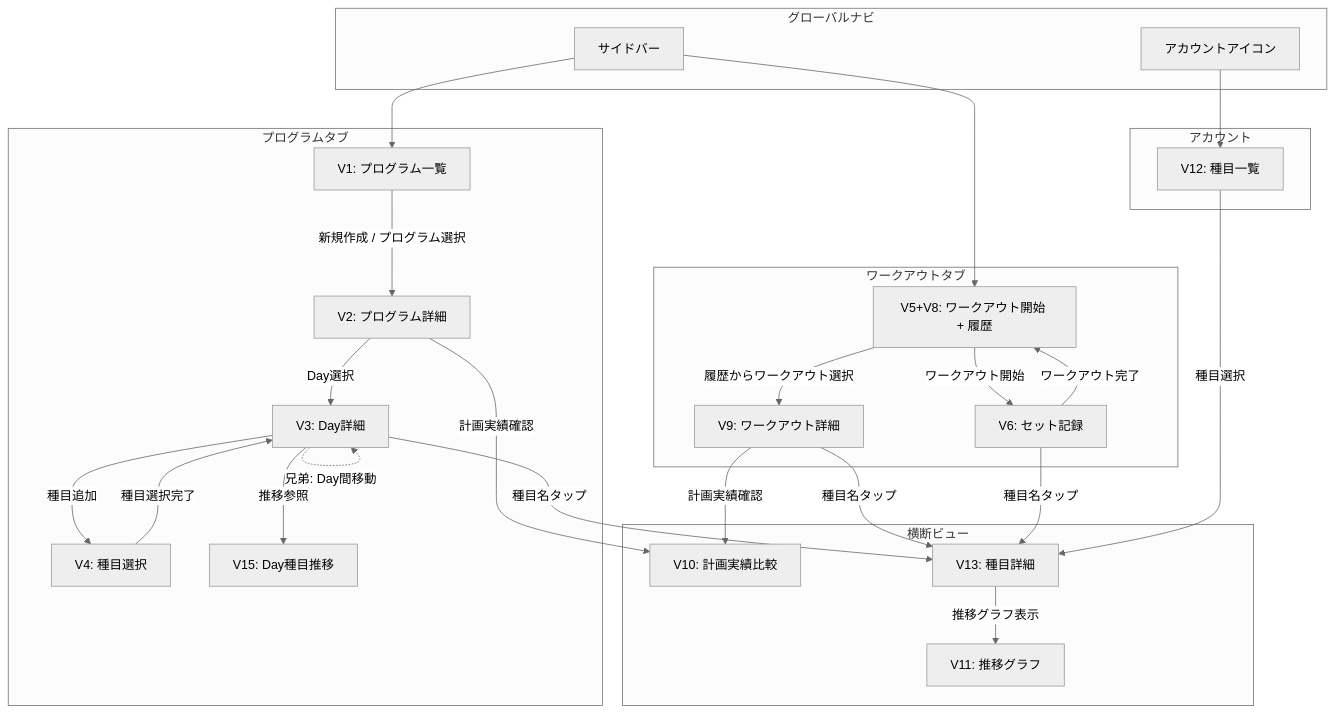
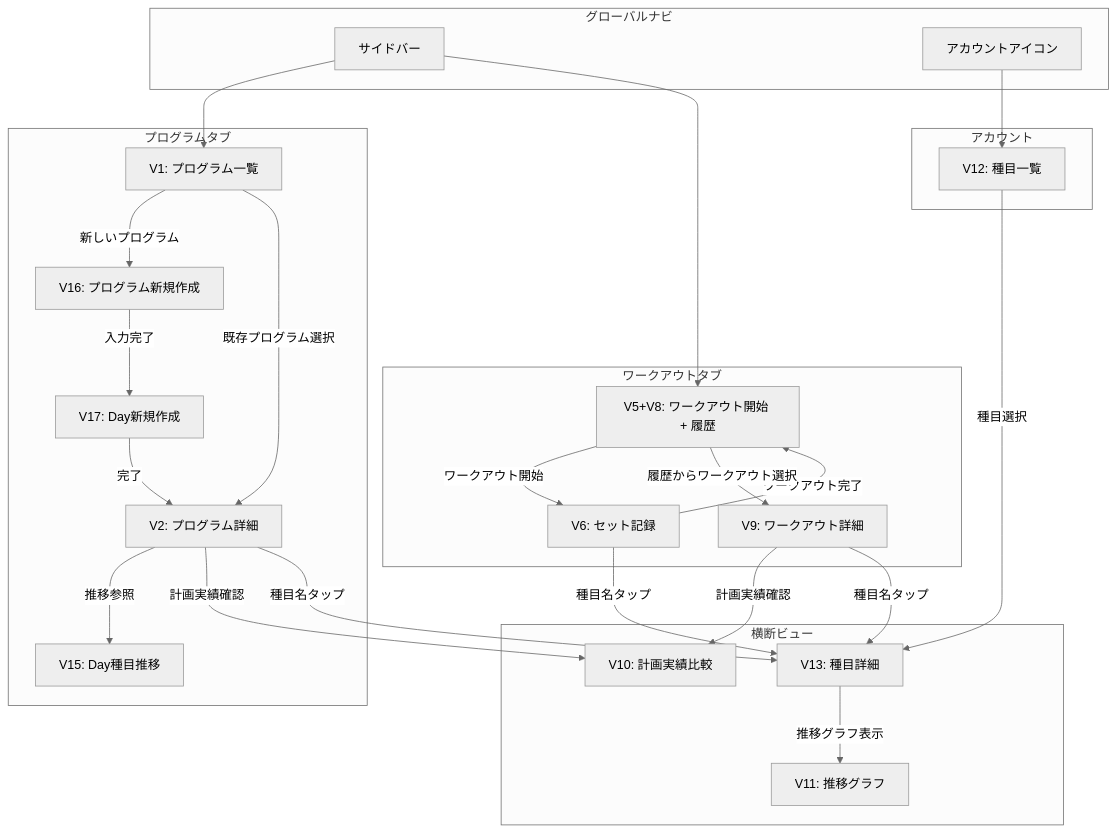
One commit to gn-t-k/next-lift changed the second of 2 diagrams in docs/project/ui-design/views-and-navigation.md. Above: the diagram before and after it, drawn with Mermaid (neutral theme). The commit also changed other lines of this file and 4 other files, not shown here.

First line of the commit message:
docs: 設計判断 #54-#60 / ER #32 を追加し、新規作成フローを V16+V17 独立フォームに再構成

````diff
--- a/docs/project/ui-design/views-and-navigation.md
+++ b/docs/project/ui-design/views-and-navigation.md
@@ -299,57 +316,55 @@
 ```mermaid
 flowchart TD
     subgraph グローバルナビ
         TAB[サイドバー]
         ACC[アカウントアイコン]
     end
 
     subgraph プログラムタブ
         V1[V1: プログラム一覧]
+        V16[V16: プログラム新規作成]
+        V17[V17: Day新規作成]
         V2[V2: プログラム詳細]
-        V3[V3: Day詳細]
-        V4[V4: 種目選択]
         V15[V15: Day種目推移]
     end
 
     subgraph ワークアウトタブ
         V5_V8[V5+V8: ワークアウト開始 + 履歴]
         V6[V6: セット記録]
         V9[V9: ワークアウト詳細]
     end
 
     subgraph アカウント
         V12[V12: 種目一覧]
     end
 
     subgraph 横断ビュー
         V10[V10: 計画実績比較]
         V11[V11: 推移グラフ]
         V13[V13: 種目詳細]
     end
 
     TAB --> V1
     TAB --> V5_V8
     ACC --> V12
 
-    V1 -->|新規作成 / プログラム選択| V2
-    V2 -->|Day選択| V3
-    V3 -->|種目追加| V4
-    V4 -->|種目選択完了| V3
-    V3 -->|推移参照| V15
+    V1 -->|新しいプログラム| V16
+    V16 -->|入力完了| V17
+    V17 -->|完了| V2
+    V1 -->|既存プログラム選択| V2
+    V2 -->|推移参照| V15
 
     V5_V8 -->|ワークアウト開始| V6
     V6 -->|ワークアウト完了| V5_V8
     V5_V8 -->|履歴からワークアウト選択| V9
 
     V2 -->|計画実績確認| V10
     V9 -->|計画実績確認| V10
 
-    V3 -->|種目名タップ| V13
+    V2 -->|種目名タップ| V13
     V9 -->|種目名タップ| V13
     V6 -->|種目名タップ| V13
     V12 -->|種目選択| V13
 
     V13 -->|推移グラフ表示| V11
-
-    V3 -.->|兄弟: Day間移動| V3
 ```
````
